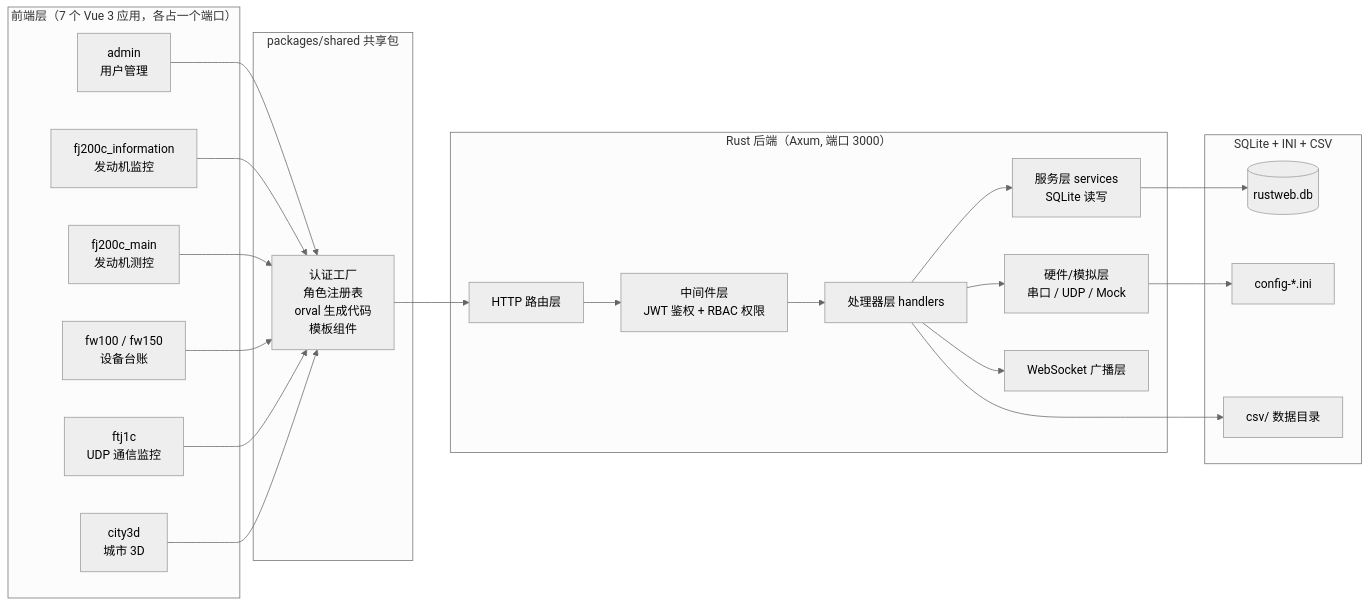
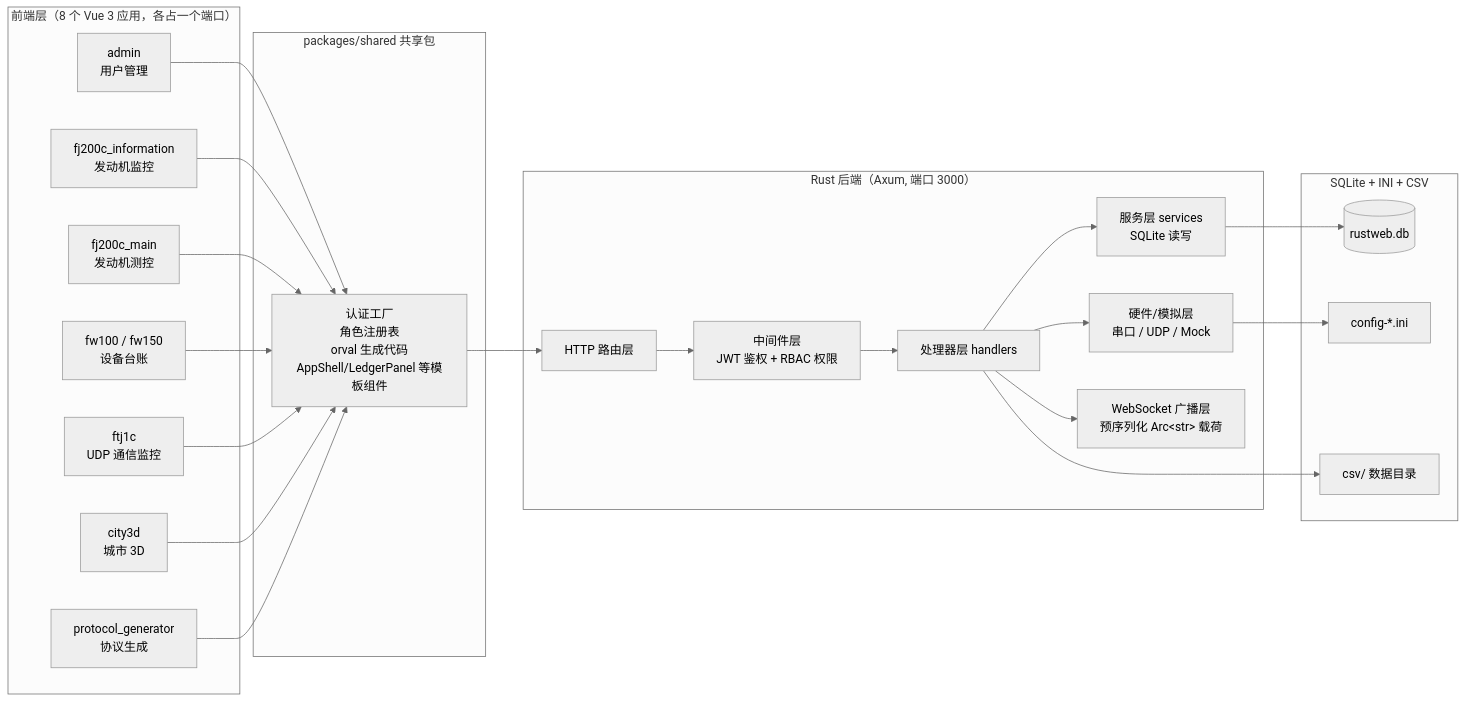
Before and after one commit to 3123958139/RustWeb-Vue: the second of 2 diagrams in docs/tutorial/00-索引与导学.md, drawn with Mermaid (neutral theme). The commit also changed other lines of this file and 8 other files, not shown here.

````diff
--- a/docs/tutorial/00-索引与导学.md
+++ b/docs/tutorial/00-索引与导学.md
@@ -56,40 +56,42 @@
 ```mermaid
 graph LR
-    subgraph 前端层["前端层（7 个 Vue 3 应用，各占一个端口）"]
+    subgraph 前端层["前端层（8 个 Vue 3 应用，各占一个端口）"]
         A1[admin<br/>用户管理]
         A2[fj200c_information<br/>发动机监控]
         A3[fj200c_main<br/>发动机测控]
         A4[fw100 / fw150<br/>设备台账]
         A5[ftj1c<br/>UDP 通信监控]
         A6[city3d<br/>城市 3D]
+        A7[protocol_generator<br/>协议生成]
     end
     subgraph 共享层["packages/shared 共享包"]
-        B[认证工厂<br/>角色注册表<br/>orval 生成代码<br/>模板组件]
+        B[认证工厂<br/>角色注册表<br/>orval 生成代码<br/>AppShell/LedgerPanel 等模板组件]
     end
     subgraph 后端层["Rust 后端（Axum, 端口 3000）"]
         C[HTTP 路由层]
         D[中间件层<br/>JWT 鉴权 + RBAC 权限]
         E[处理器层 handlers]
         F[服务层 services<br/>SQLite 读写]
         G[硬件/模拟层<br/>串口 / UDP / Mock]
-        H[WebSocket 广播层]
+        H[WebSocket 广播层<br/>预序列化 Arc&lt;str&gt; 载荷]
     end
     subgraph 数据层["SQLite + INI + CSV"]
         I[(rustweb.db)]
         J[config-*.ini]
         K[csv/ 数据目录]
     end
     A1 --> B
     A2 --> B
     A3 --> B
     A4 --> B
     A5 --> B
     A6 --> B
+    A7 --> B
     B --> C
     C --> D --> E --> F
     F --> I
     E --> G
     E --> H
     G --> J
     E --> K
 ```
````
